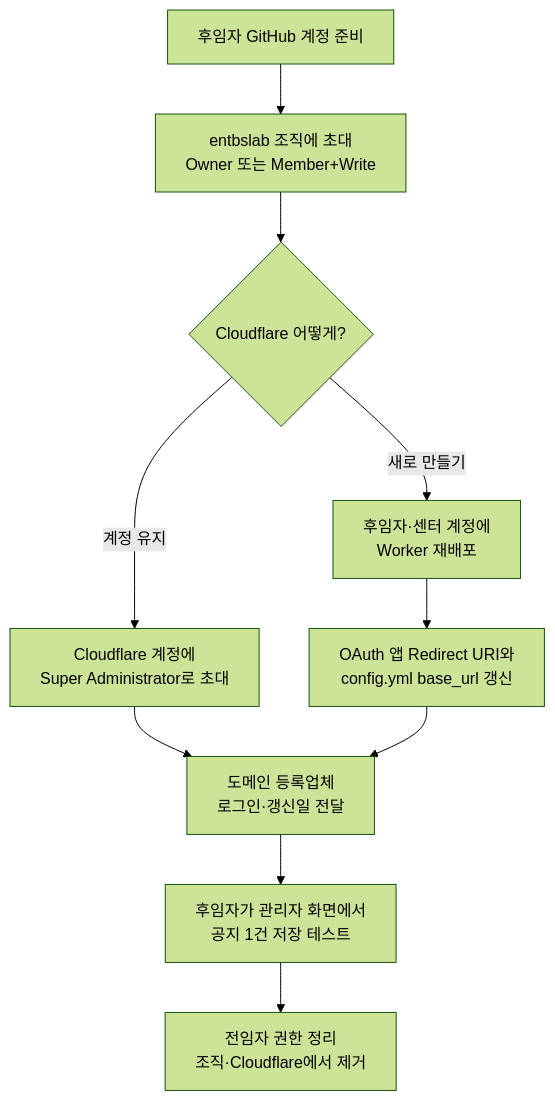
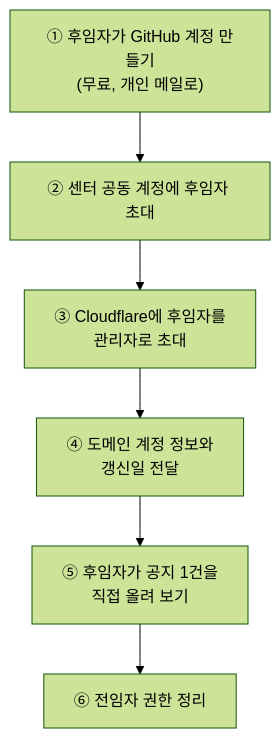
Before and after one commit to entbslab/entbslab.github.io: the fourth of 4 diagrams in docs/HANDOVER.md, drawn with Mermaid (forest theme). The commit also changed other lines of this file, not shown here.

````diff
--- a/docs/HANDOVER.md
+++ b/docs/HANDOVER.md
@@ -163,12 +141,10 @@
 ```mermaid
 flowchart TD
-  S["후임자 GitHub 계정 준비"] --> G1["entbslab 조직에 초대<br/>Owner 또는 Member+Write"]
-  G1 --> C{"Cloudflare 어떻게?"}
-  C -->|"계정 유지"| C1["Cloudflare 계정에<br/>Super Administrator로 초대"]
-  C -->|"새로 만들기"| C2["후임자·센터 계정에<br/>Worker 재배포"]
-  C2 --> C3["OAuth 앱 Redirect URI와<br/>config.yml base_url 갱신"]
-  C1 --> D["도메인 등록업체<br/>로그인·갱신일 전달"]
-  C3 --> D
-  D --> T["후임자가 관리자 화면에서<br/>공지 1건 저장 테스트"]
-  T --> E["전임자 권한 정리<br/>조직·Cloudflare에서 제거"]
+  A["① 후임자가 GitHub 계정 만들기<br/>(무료, 개인 메일로)"]
+  B["② 센터 공동 계정에 후임자 초대"]
+  C["③ Cloudflare에 후임자를<br/>관리자로 초대"]
+  D["④ 도메인 계정 정보와<br/>갱신일 전달"]
+  E["⑤ 후임자가 공지 1건을<br/>직접 올려 보기"]
+  F["⑥ 전임자 권한 정리"]
+  A --> B --> C --> D --> E --> F
 ```
````
